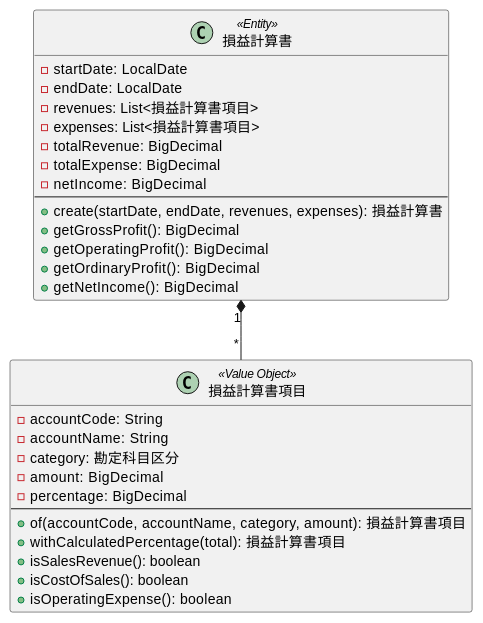
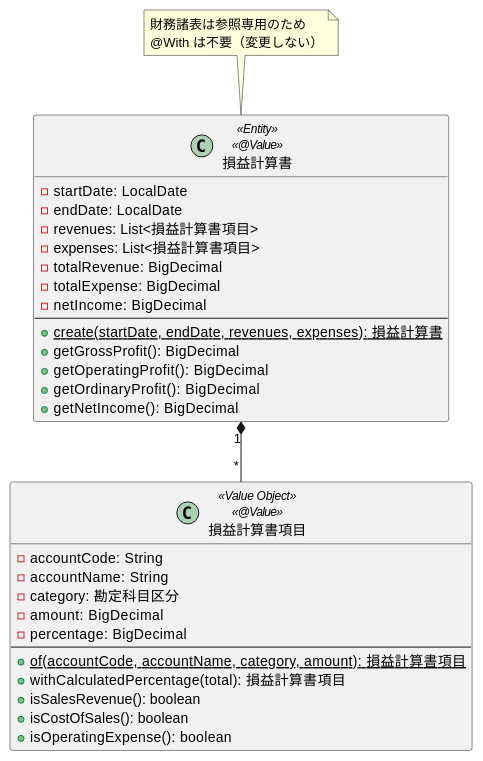
Diagram 22 of 26 in docs/design/domain-model.md (k2works/case-study-accounting), drawn with PlantUML before and after one commit. The commit also changed other lines of this file and 1 other file, not shown here.

First line of the commit message:
docs: エンティティ設計を @Value と @With によるイミュータブル設計に更新

````diff
--- a/docs/design/domain-model.md
+++ b/docs/design/domain-model.md
@@ -681,36 +894,41 @@
 ```plantuml
 @startuml
-class 損益計算書 <<Entity>> {
+class 損益計算書 <<Entity>> <<@Value>> {
   - startDate: LocalDate
   - endDate: LocalDate
   - revenues: List<損益計算書項目>
   - expenses: List<損益計算書項目>
   - totalRevenue: BigDecimal
   - totalExpense: BigDecimal
   - netIncome: BigDecimal
   --
-  + create(startDate, endDate, revenues, expenses): 損益計算書
+  + {static} create(startDate, endDate, revenues, expenses): 損益計算書
   + getGrossProfit(): BigDecimal
   + getOperatingProfit(): BigDecimal
   + getOrdinaryProfit(): BigDecimal
   + getNetIncome(): BigDecimal
 }
 
-class 損益計算書項目 <<Value Object>> {
+class 損益計算書項目 <<Value Object>> <<@Value>> {
   - accountCode: String
   - accountName: String
   - category: 勘定科目区分
   - amount: BigDecimal
   - percentage: BigDecimal
   --
-  + of(accountCode, accountName, category, amount): 損益計算書項目
+  + {static} of(accountCode, accountName, category, amount): 損益計算書項目
   + withCalculatedPercentage(total): 損益計算書項目
   + isSalesRevenue(): boolean
   + isCostOfSales(): boolean
   + isOperatingExpense(): boolean
 }
 
 損益計算書 "1" *-- "*" 損益計算書項目
 
+note top of 損益計算書
+  財務諸表は参照専用のため
+  @With は不要（変更しない）
+end note
+
 @enduml
 ```
````
